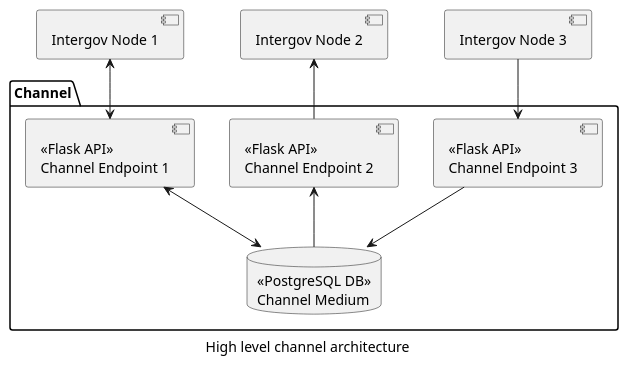
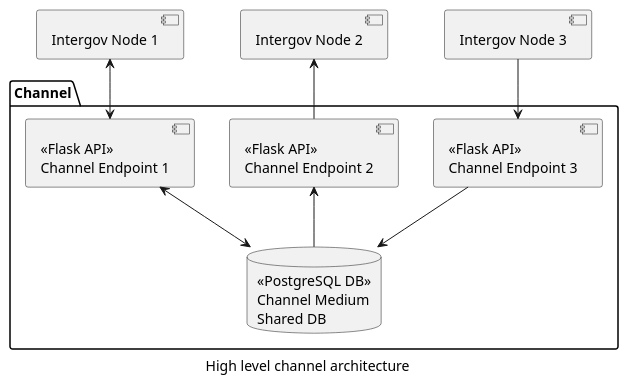
One commit to trustbridge/shared-db-channel changed the first of 2 diagrams in docs/usage.rst. Above: the diagram before and after it, drawn with PlantUML. The commit also changed other lines of this file and 27 other files, not shown here.

```diff
--- a/docs/usage.rst
+++ b/docs/usage.rst
@@ -50,23 +13,23 @@
 .. uml::
 
    @startuml
    caption High level channel architecture
 
    [Intergov Node 1] as intergov_node_1
    [Intergov Node 2] as intergov_node_2
    [Intergov Node 3] as intergov_node_3
 
    package "Channel" {
       [<<Flask API>>\nChannel Endpoint 1] as channel_endpoint_1
       [<<Flask API>>\nChannel Endpoint 2] as channel_endpoint_2
       [<<Flask API>>\nChannel Endpoint 3] as channel_endpoint_3
-      Database "<<PostgreSQL DB>>\nChannel Medium" as channel_medium
+      Database "<<PostgreSQL DB>>\nChannel Medium\nShared DB" as channel_medium
    }
 
    intergov_node_1 <--> channel_endpoint_1
    intergov_node_2 <-- channel_endpoint_2
    intergov_node_3 --> channel_endpoint_3
    channel_endpoint_1 <--> channel_medium
    channel_endpoint_2 <-- channel_medium
    channel_endpoint_3 --> channel_medium
    @enduml
```
